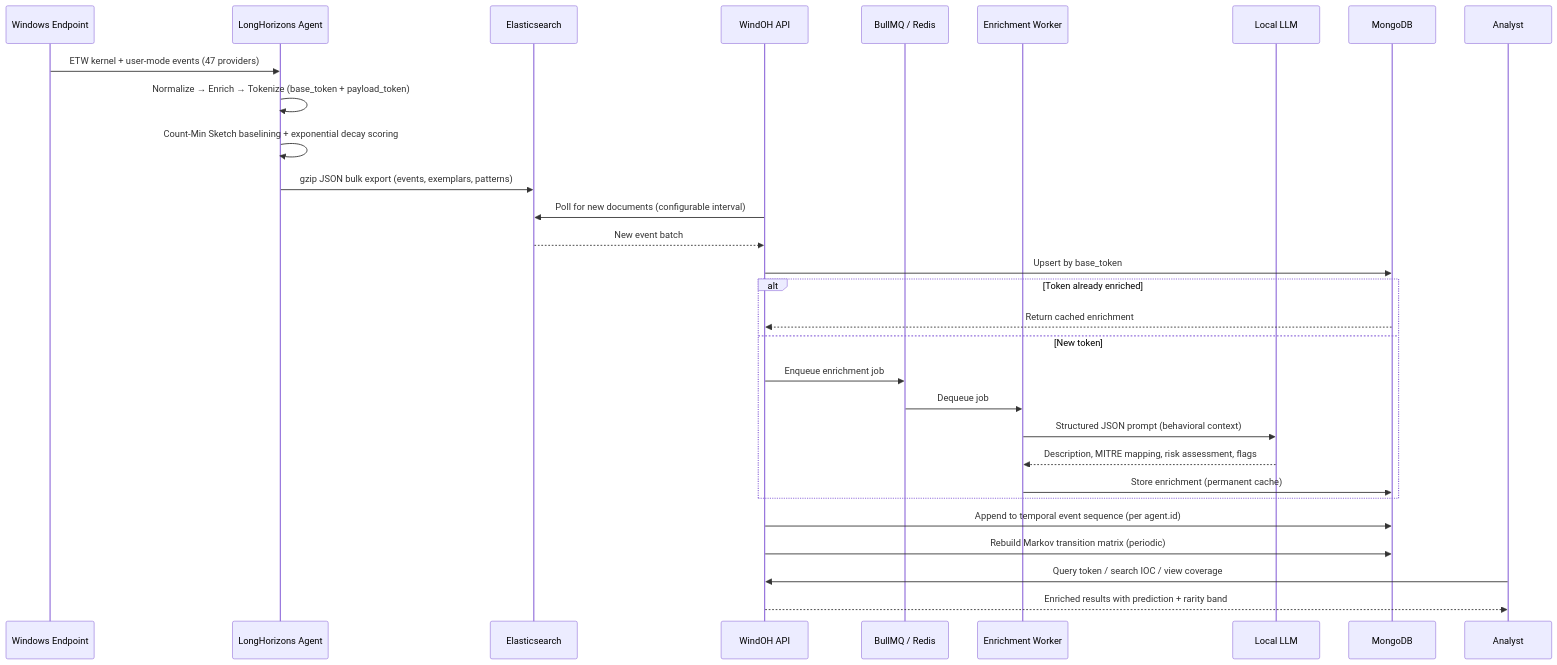
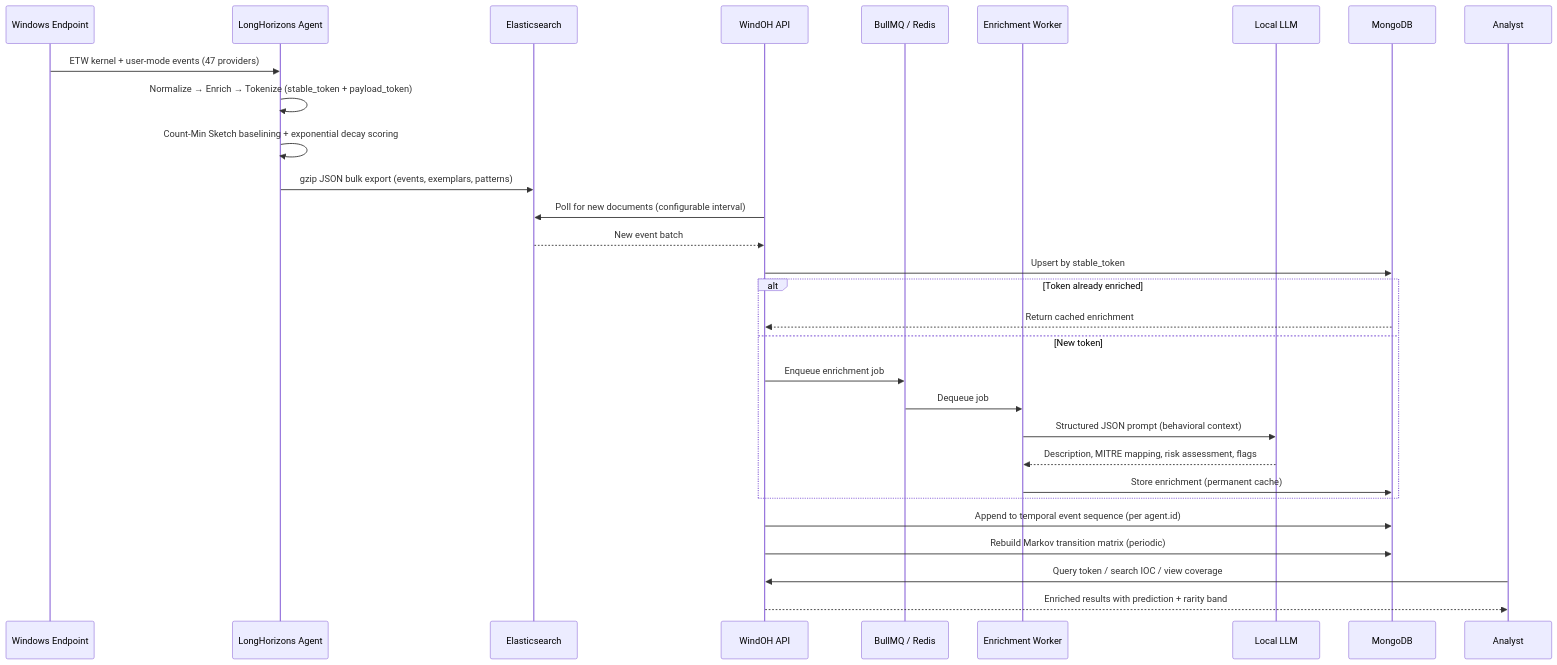
The third of 4 diagrams in README.md (LongHorizons/WindOH), drawn with Mermaid before and after one commit. The commit also changed other lines of this file and 14 other files, not shown here.

First line of the commit message:
Rename base token -> stable token across all documentation

````diff
--- a/README.md
+++ b/README.md
@@ -107,37 +107,37 @@
 ```mermaid
 sequenceDiagram
     participant EP as Windows Endpoint
     participant LH as LongHorizons Agent
     participant ES as Elasticsearch
     participant API as WindOH API
     participant Q as BullMQ / Redis
     participant W as Enrichment Worker
     participant LLM as Local LLM
     participant DB as MongoDB
     participant AN as Analyst
 
     EP->>LH: ETW kernel + user-mode events (47 providers)
-    LH->>LH: Normalize → Enrich → Tokenize (base_token + payload_token)
+    LH->>LH: Normalize → Enrich → Tokenize (stable_token + payload_token)
     LH->>LH: Count-Min Sketch baselining + exponential decay scoring
     LH->>ES: gzip JSON bulk export (events, exemplars, patterns)
     
     API->>ES: Poll for new documents (configurable interval)
     ES-->>API: New event batch
     
-    API->>DB: Upsert by base_token
+    API->>DB: Upsert by stable_token
     alt Token already enriched
         DB-->>API: Return cached enrichment
     else New token
         API->>Q: Enqueue enrichment job
         Q->>W: Dequeue job
         W->>LLM: Structured JSON prompt (behavioral context)
         LLM-->>W: Description, MITRE mapping, risk assessment, flags
         W->>DB: Store enrichment (permanent cache)
     end
     
     API->>DB: Append to temporal event sequence (per agent.id)
     API->>DB: Rebuild Markov transition matrix (periodic)
     
     AN->>API: Query token / search IOC / view coverage
     API-->>AN: Enriched results with prediction + rarity band
 ```
````
